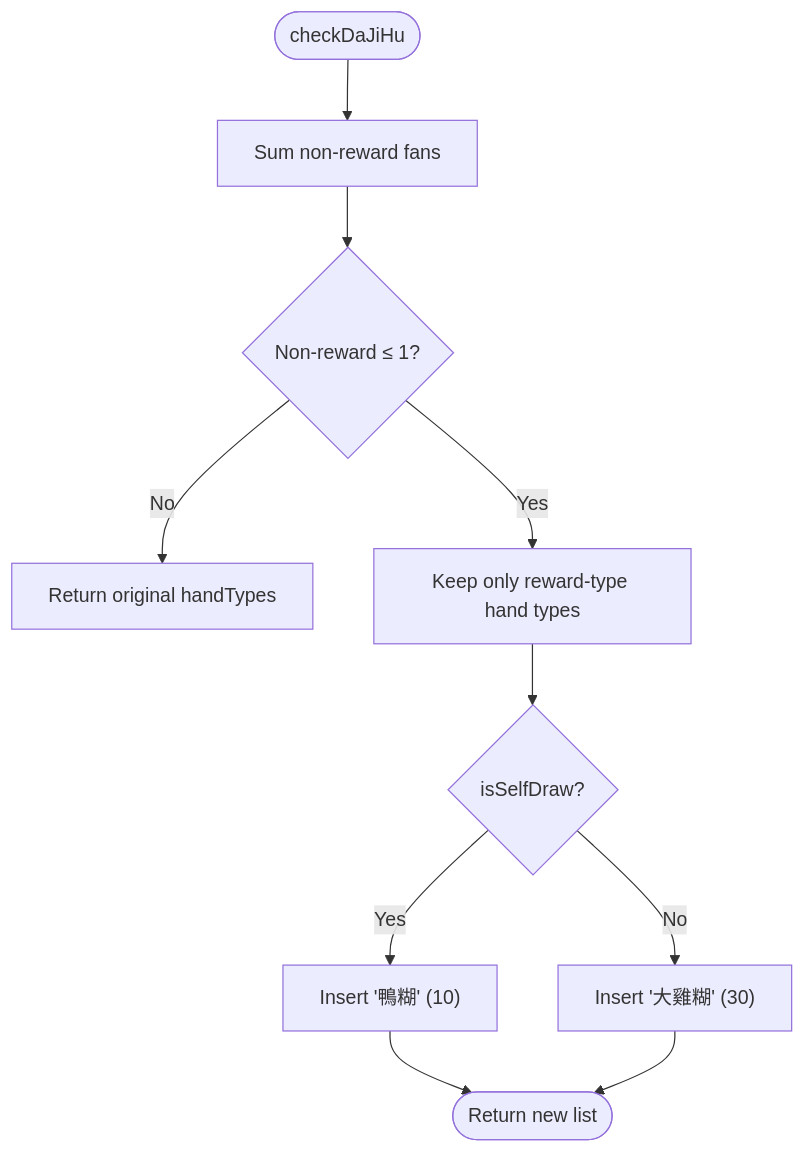
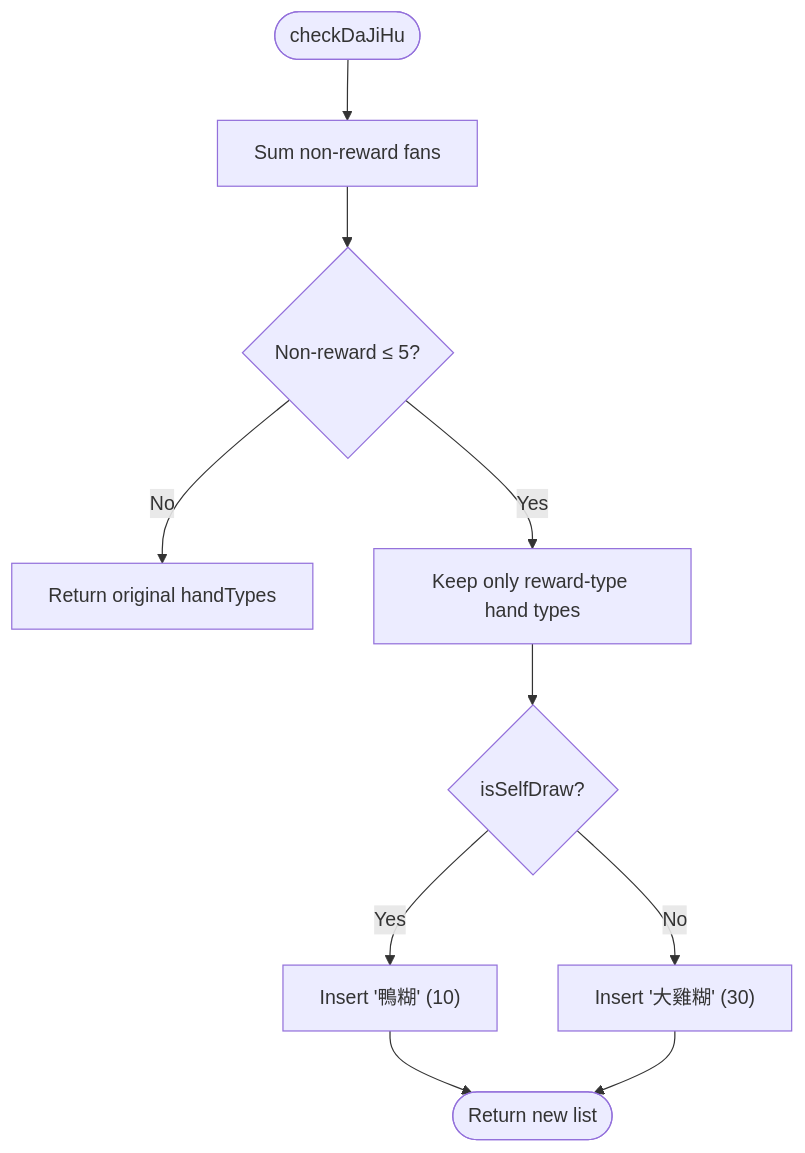
One commit to stc05168/ov-mj-calculator changed the fifth of 7 diagrams in .qoder/repowiki/en/content/Scoring System Reference/Scoring Algorithm and Exclusion Rules.md. Above: the diagram before and after it, drawn with Mermaid. The commit also changed other lines of this file and 69 other files, not shown here.

````diff
--- a/.qoder/repowiki/en/content/Scoring System Reference/Scoring Algorithm and Exclusion Rules.md
+++ b/.qoder/repowiki/en/content/Scoring System Reference/Scoring Algorithm and Exclusion Rules.md
@@ -168,12 +188,12 @@
 ```mermaid
 flowchart TD
 Start(["checkDaJiHu"]) --> Sum["Sum non-reward fans"]
-Sum --> Low{"Non-reward ≤ 1?"}
+Sum --> Low{"Non-reward ≤ 5?"}
 Low -- No --> ReturnOrig["Return original handTypes"]
 Low -- Yes --> KeepReward["Keep only reward-type hand types"]
 KeepReward --> IsSD{"isSelfDraw?"}
 IsSD -- Yes --> InsertYA["Insert '鴨糊' (10)"]
 IsSD -- No --> InsertDA["Insert '大雞糊' (30)"]
 InsertYA --> End(["Return new list"])
 InsertDA --> End
 ```
````
